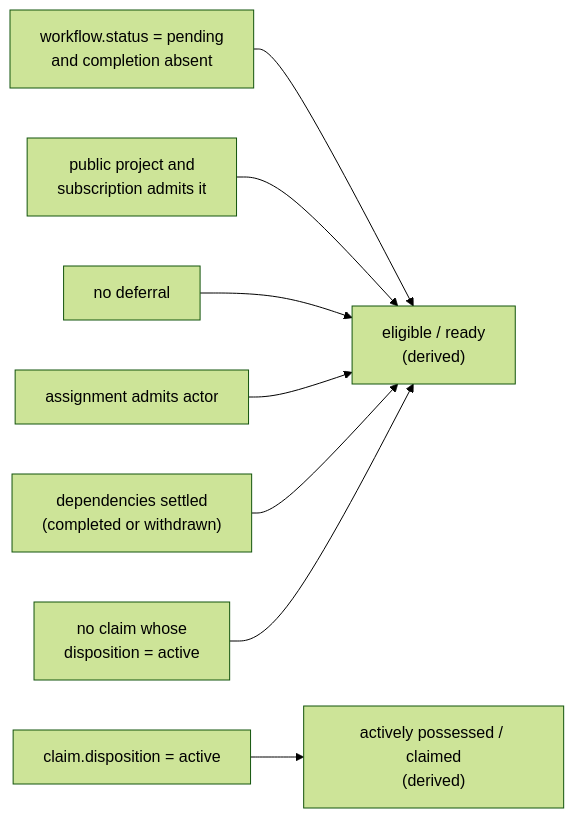
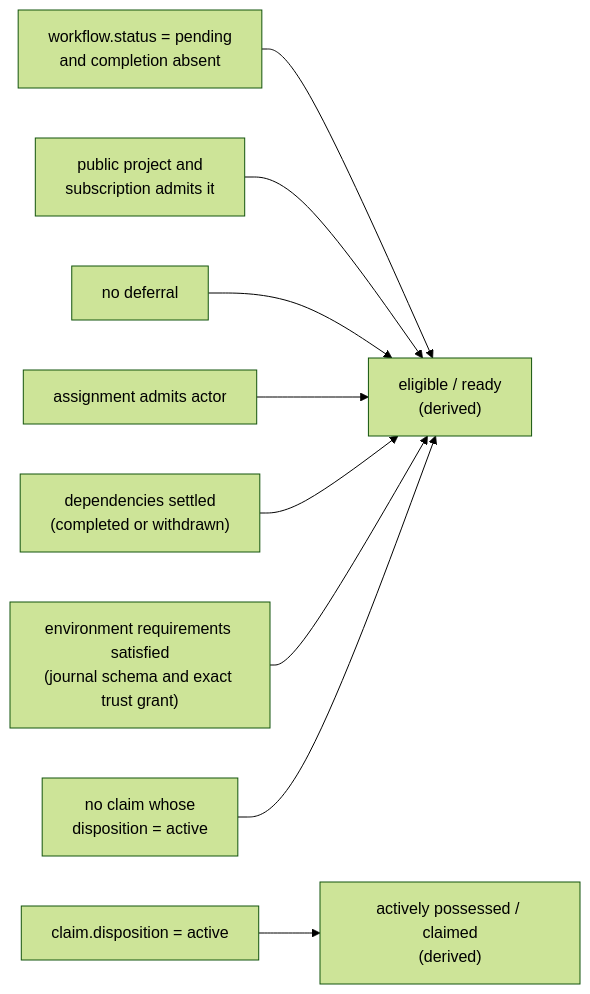
One commit to infimalabs/spice-rust changed the second of 19 diagrams in docs/product/model/states.md. Above: the diagram before and after it, drawn with Mermaid (forest theme). The commit also changed other lines of this file and 44 other files, not shown here.

````diff
--- a/docs/product/model/states.md
+++ b/docs/product/model/states.md
@@ -27,10 +27,11 @@
 ```mermaid
 flowchart LR
   P["workflow.status = pending<br/>and completion absent"] --> E["eligible / ready<br/>(derived)"]
   V["public project and<br/>subscription admits it"] --> E
   F["no deferral"] --> E
   A["assignment admits actor"] --> E
   D["dependencies settled<br/>(completed or withdrawn)"] --> E
+  R["environment requirements satisfied<br/>(journal schema and exact trust grant)"] --> E
   U["no claim whose<br/>disposition = active"] --> E
   C["claim.disposition = active"] --> H["actively possessed / claimed<br/>(derived)"]
 ```
````
